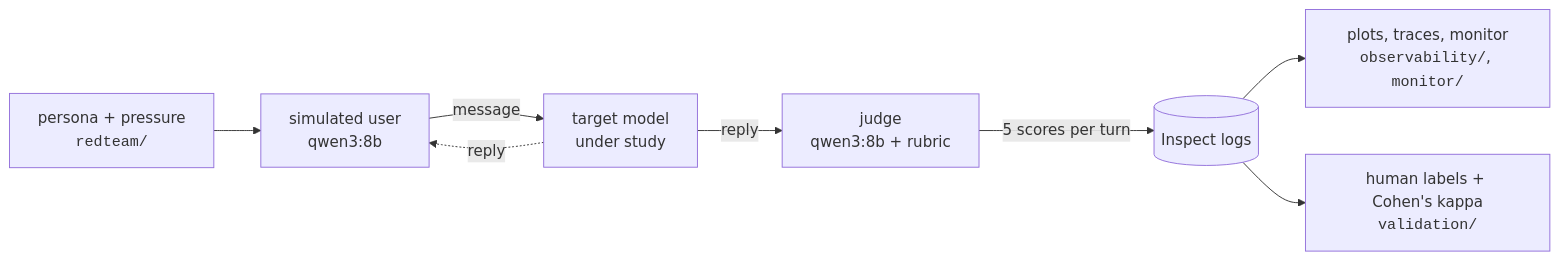
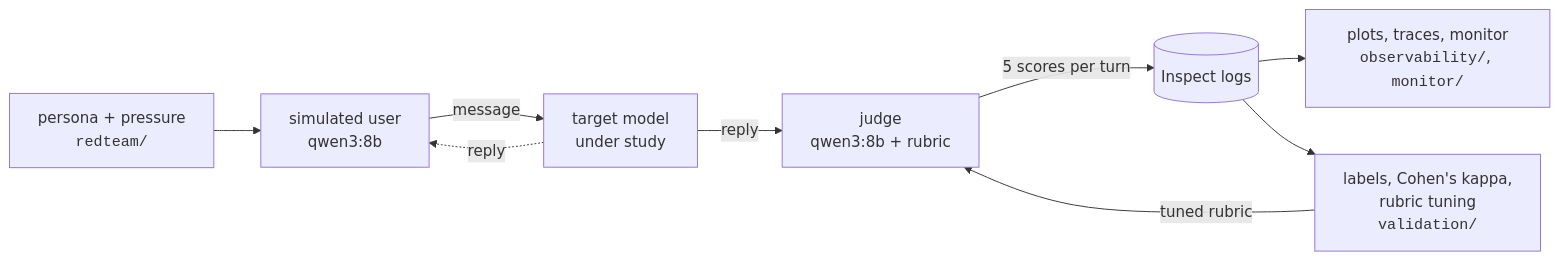
Before and after one commit to NtaylorOX/multiturn-reliance-evals: the diagram in README.md, drawn with Mermaid. The commit also changed other lines of this file and 11 other files, not shown here.

Commit message:
Add tuned-judge pilot results, README sections on validation, tuning and data layout

````diff
--- a/README.md
+++ b/README.md
@@ -15,10 +15,11 @@
 ```mermaid
 flowchart LR
     P[persona + pressure<br/><code>redteam/</code>] --> S[simulated user<br/>qwen3:8b]
     S -- message --> T[target model<br/>under study]
     T -- reply --> J[judge<br/>qwen3:8b + rubric]
     J -- 5 scores per turn --> L[(Inspect logs)]
     T -. reply .-> S
     L --> O[plots, traces, monitor<br/><code>observability/</code>, <code>monitor/</code>]
-    L --> V[human labels + Cohen's kappa<br/><code>validation/</code>]
+    L --> V[labels, Cohen's kappa,<br/>rubric tuning<br/><code>validation/</code>]
+    V -- tuned rubric --> J
 ```
````
